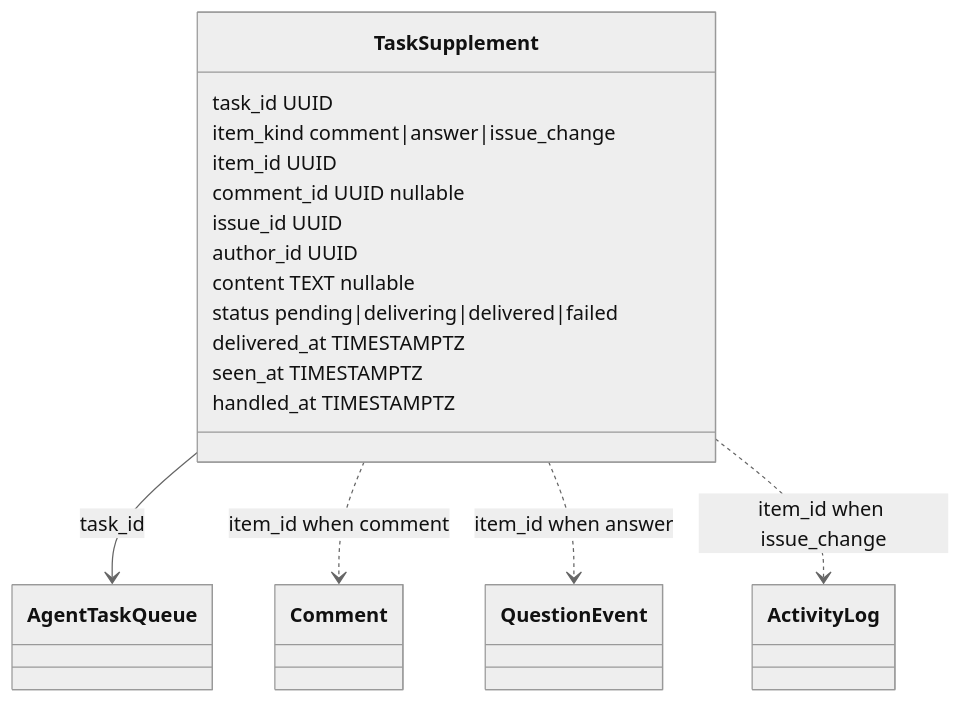
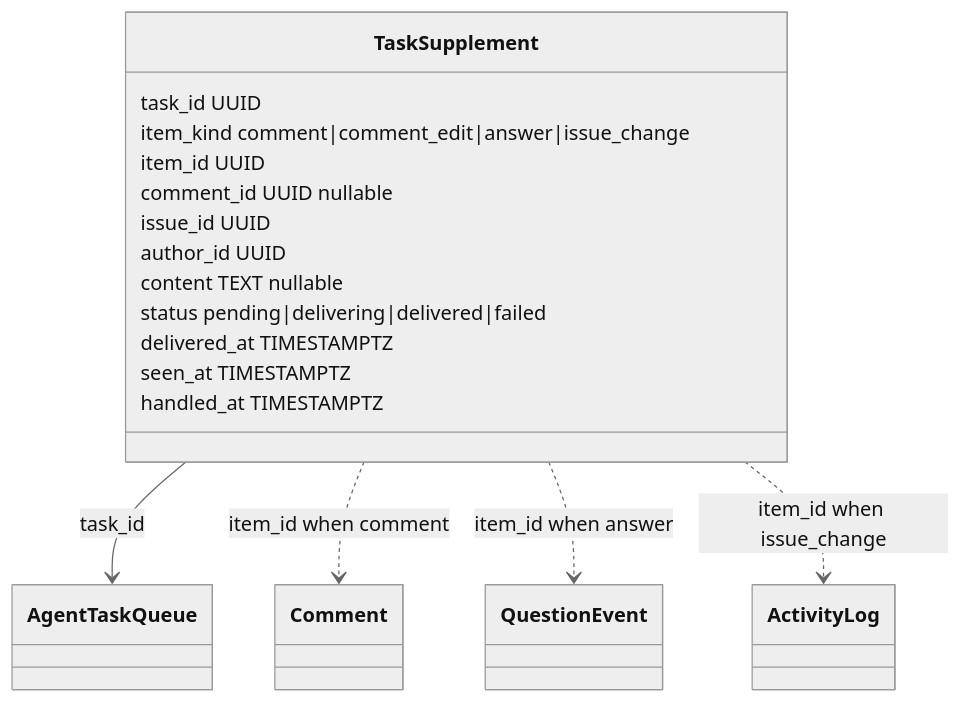
Before and after one commit to appboypov/multica: the fifth of 7 diagrams in specs/openspec/changes/deliver-issue-changes-to-running-agents/design.md, drawn with Mermaid (neutral theme). The commit also changed other lines of this file and 6 other files, not shown here.

````diff
--- a/specs/openspec/changes/deliver-issue-changes-to-running-agents/design.md
+++ b/specs/openspec/changes/deliver-issue-changes-to-running-agents/design.md
@@ -86,24 +86,24 @@
 ```mermaid
 classDiagram
   class TaskSupplement {
     task_id UUID
-    item_kind comment|answer|issue_change
+    item_kind comment|comment_edit|answer|issue_change
     item_id UUID
     comment_id UUID nullable
     issue_id UUID
     author_id UUID
     content TEXT nullable
     status pending|delivering|delivered|failed
     delivered_at TIMESTAMPTZ
     seen_at TIMESTAMPTZ
     handled_at TIMESTAMPTZ
   }
   class Comment
   class QuestionEvent
   class ActivityLog
   class AgentTaskQueue
   TaskSupplement --> AgentTaskQueue : task_id
   TaskSupplement ..> Comment : item_id when comment
   TaskSupplement ..> QuestionEvent : item_id when answer
   TaskSupplement ..> ActivityLog : item_id when issue_change
 ```
````
